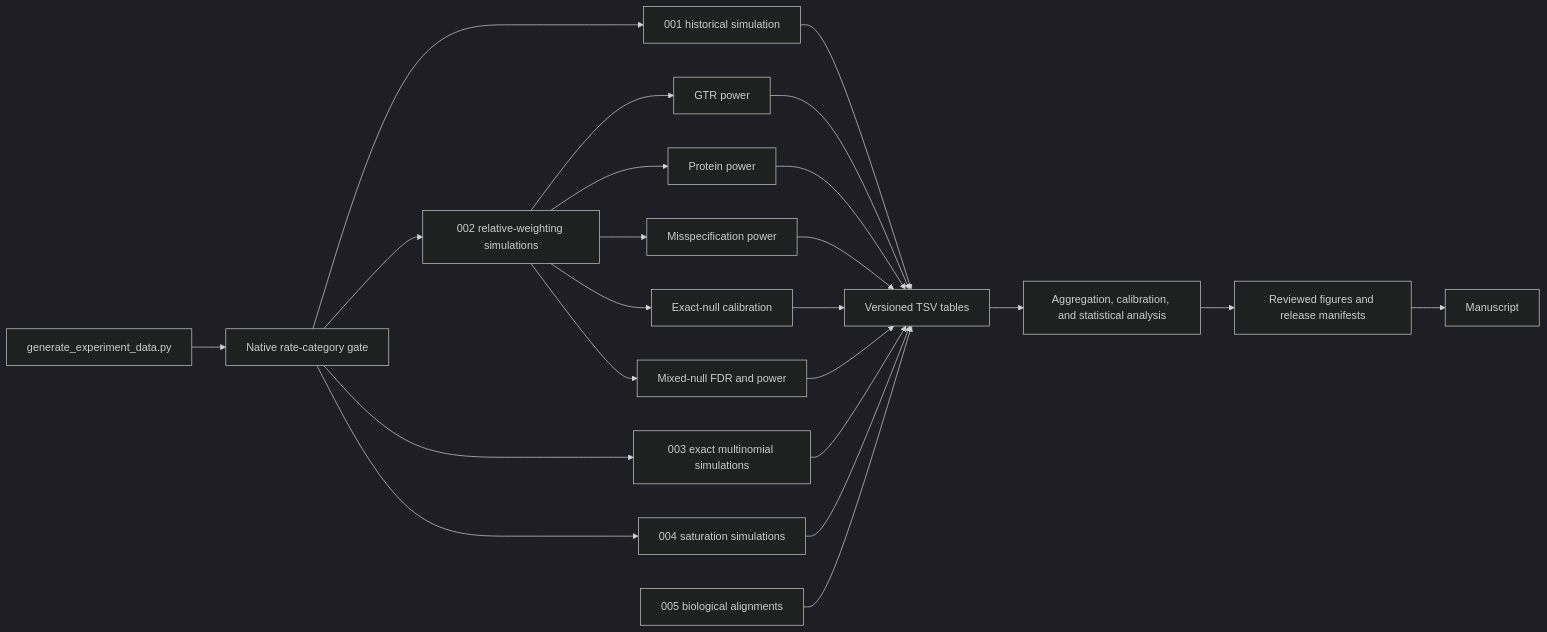
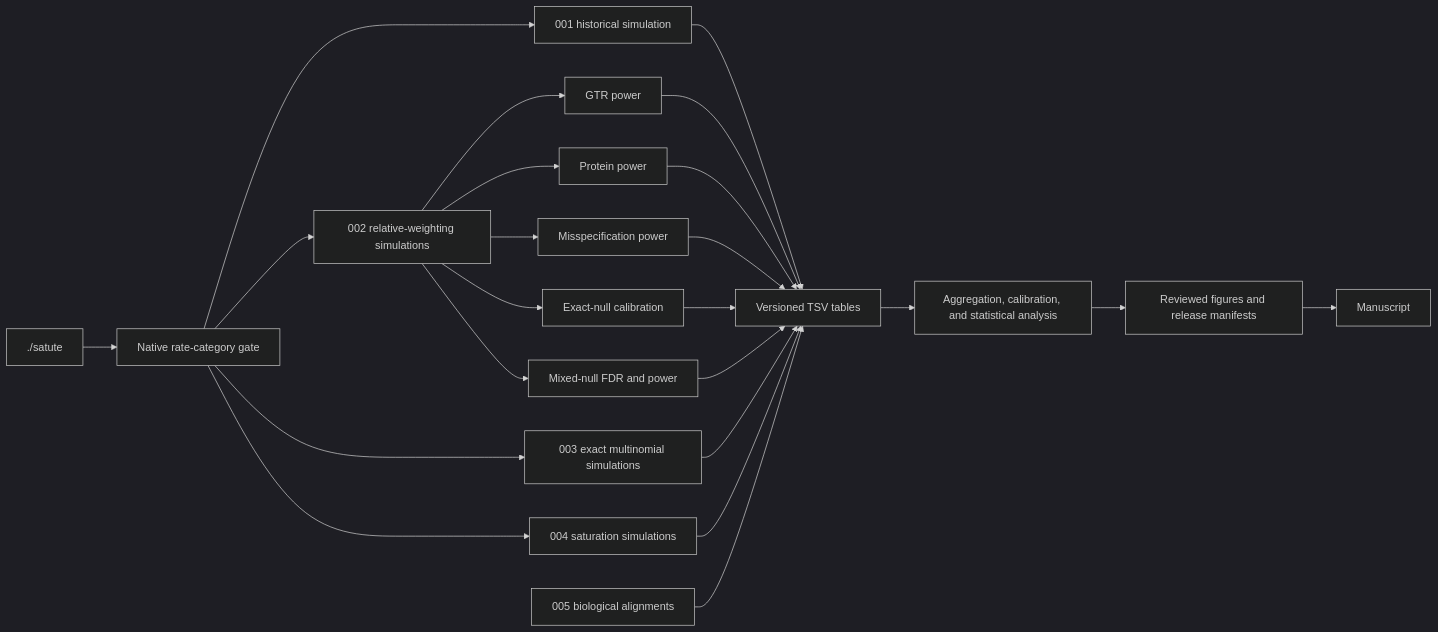
The diagram in research/satute/docs/overview/simulation-analysis-map.md (EnesSakalliUniWien/iqtree3), drawn with Mermaid (dark theme) before and after one commit. The commit also changed other lines of this file and 9 other files, not shown here.

First line of the commit message:
refactor(satute): migrate experiment manifests to a studies-based schema

````diff
--- a/research/satute/docs/overview/simulation-analysis-map.md
+++ b/research/satute/docs/overview/simulation-analysis-map.md
@@ -19,25 +19,25 @@
 ```mermaid
 flowchart LR
-    G["generate_experiment_data.py"] --> V["Native rate-category gate"]
+    G["./satute"] --> V["Native rate-category gate"]
     V --> E1["001 historical simulation"]
     V --> E2["002 relative-weighting simulations"]
     V --> E3["003 exact multinomial simulations"]
     V --> E4["004 saturation simulations"]
     E2 --> P1["GTR power"]
     E2 --> P2["Protein power"]
     E2 --> P3["Misspecification power"]
     E2 --> F1["Exact-null calibration"]
     E2 --> F2["Mixed-null FDR and power"]
     E1 --> T["Versioned TSV tables"]
     P1 --> T
     P2 --> T
     P3 --> T
     F1 --> T
     F2 --> T
     E3 --> T
     E4 --> T
     B["005 biological alignments"] --> T
     T --> A["Aggregation, calibration, and statistical analysis"]
     A --> R["Reviewed figures and release manifests"]
     R --> M["Manuscript"]
 ```
````
